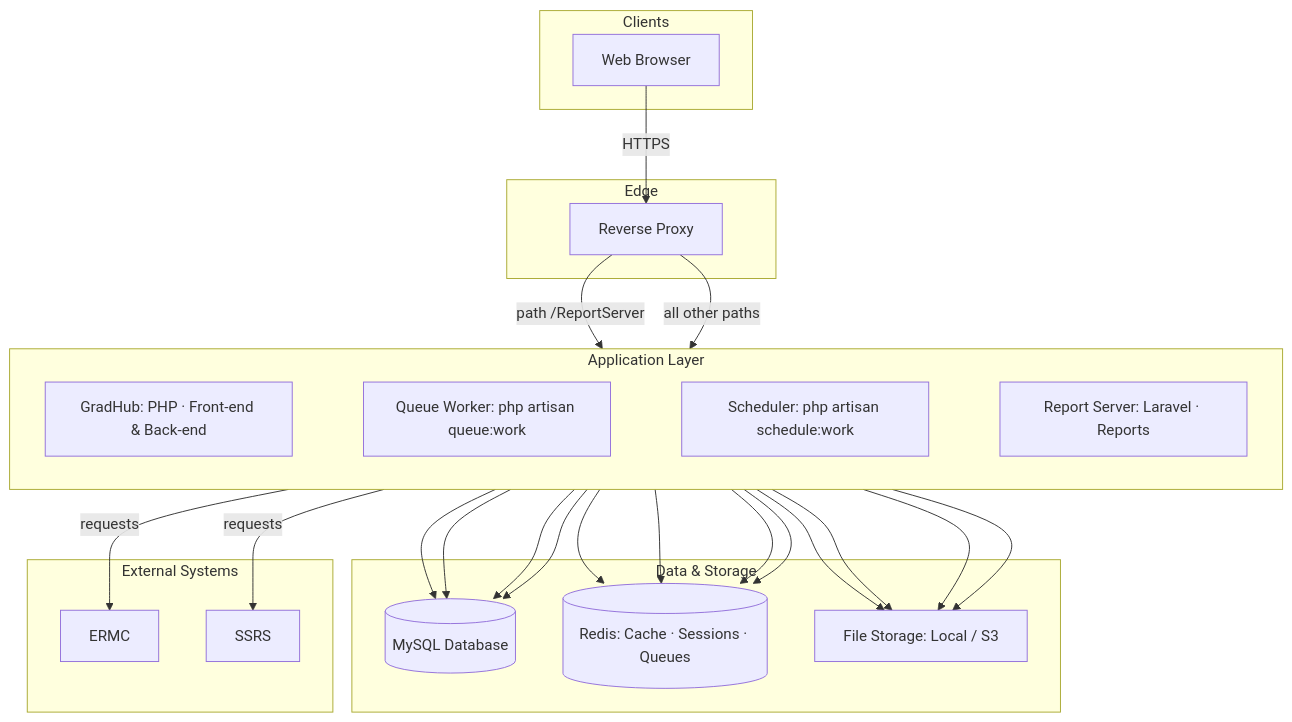
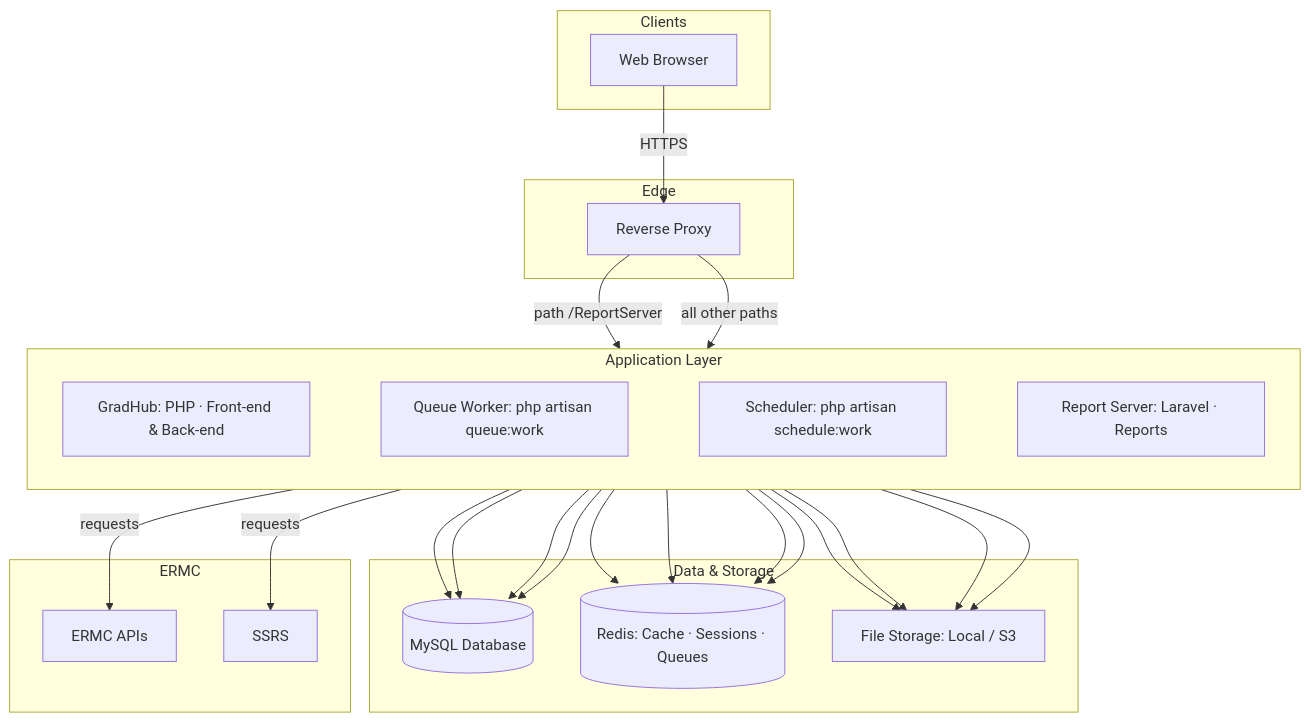
The first of 7 diagrams in architecture.md (yeremko/gatest), drawn with Mermaid before and after one commit. The commit also changed other lines of this file, not shown here.

````diff
--- a/architecture.md
+++ b/architecture.md
@@ -9,48 +9,48 @@
 ```mermaid
 flowchart TB
     subgraph Clients["Clients"]
         Browser[Web Browser]
     end
 
     subgraph Edge["Edge"]
         Proxy[Reverse Proxy]
     end
 
     subgraph Application["Application Layer"]
         direction LR
         App[GradHub: PHP · Front-end & Back-end]
         QueueWorker[Queue Worker: php artisan queue:work]
         Scheduler[Scheduler: php artisan schedule:work]
         ReportServer[Report Server: Laravel · Reports]
         App ~~~ QueueWorker ~~~ Scheduler ~~~ ReportServer
     end
 
     subgraph Data["Data & Storage"]
         MySQL[(MySQL Database)]
         Redis[(Redis: Cache · Sessions · Queues)]
         FS[File Storage: Local / S3]
     end
 
-    subgraph External["External Systems"]
-        ERMC[ERMC]
+    subgraph External["ERMC"]
+        ERMC[ERMC APIs]
         SSRS[SSRS]
     end
 
     Browser -->|HTTPS| Proxy
     Proxy -->|path /ReportServer| ReportServer
     Proxy -->|all other paths| App
     App --> MySQL
     App --> Redis
     App --> FS
     App -->|requests| ERMC
     ReportServer --> MySQL
     ReportServer --> Redis
     ReportServer --> FS
     ReportServer -->|requests| SSRS
     QueueWorker --> MySQL
     QueueWorker --> Redis
     QueueWorker --> FS
     Scheduler --> MySQL
     Scheduler --> Redis
     Scheduler --> FS
 ```
````
